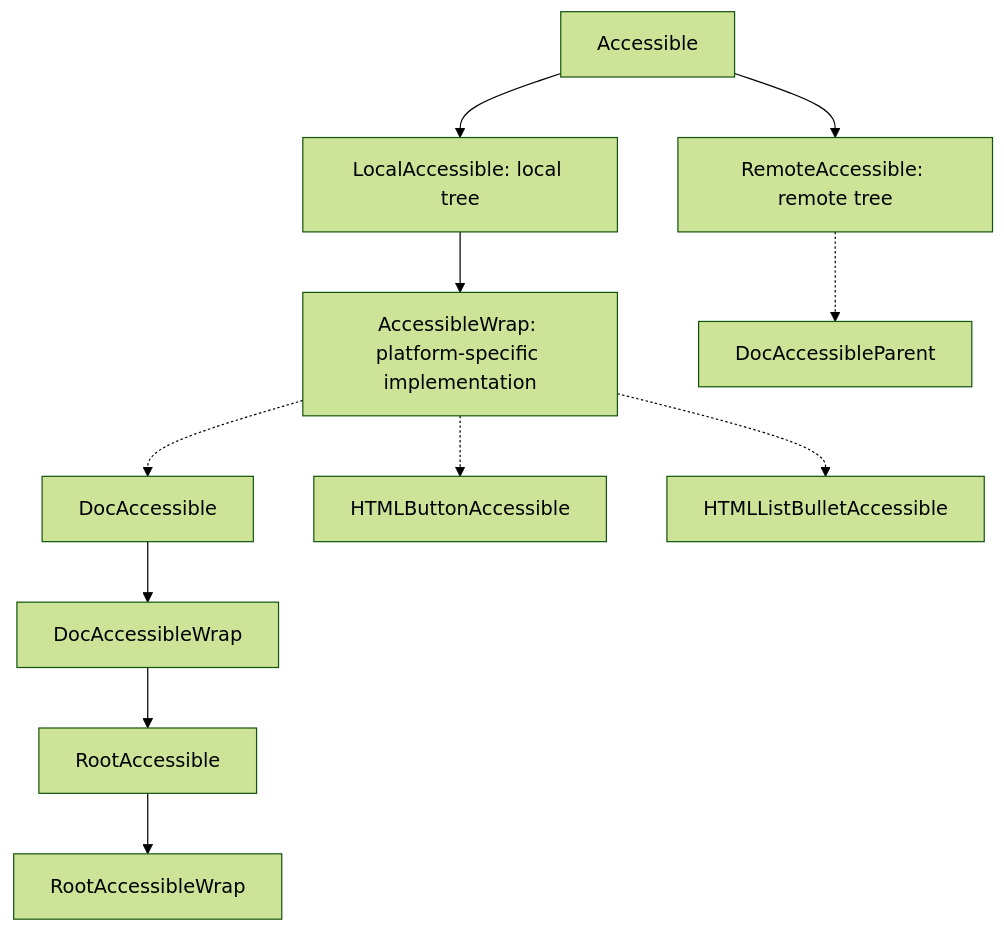
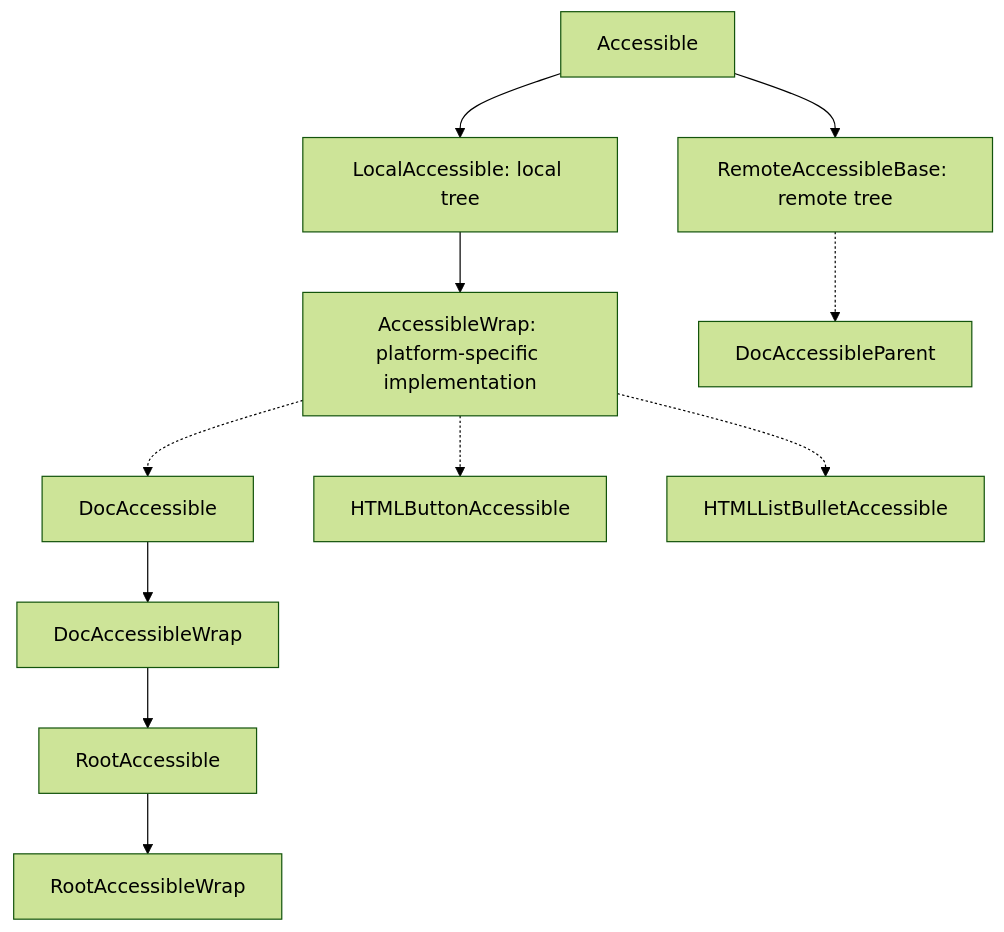
One commit to aobaharuki2005/momiji-web-browser changed the diagram in accessible/docs/Architecture.md. Above: the diagram before and after it, drawn with Mermaid (forest theme). The commit also changed other lines of this file and 135366 other files, not shown here.

````diff
--- a/accessible/docs/Architecture.md
+++ b/accessible/docs/Architecture.md
@@ -55,9 +47,9 @@
 ```{mermaid}
 flowchart TD
 accTitle: Graph of the class hierarchy described above
-Accessible --> LocalAccessible[LocalAccessible: local tree] & RemoteAccessible[RemoteAccessible: remote tree]
+Accessible --> LocalAccessible[LocalAccessible: local tree] & RemoteAccessibleBase[RemoteAccessibleBase: remote tree]
 LocalAccessible --> AccessibleWrap[AccessibleWrap: platform-specific implementation]
 AccessibleWrap -.-> DocAccessible & HTMLButtonAccessible & HTMLListBulletAccessible
 DocAccessible --> DocAccessibleWrap --> RootAccessible --> RootAccessibleWrap
-RemoteAccessible -.-> DocAccessibleParent
+RemoteAccessibleBase -.-> DocAccessibleParent
 ```
````
